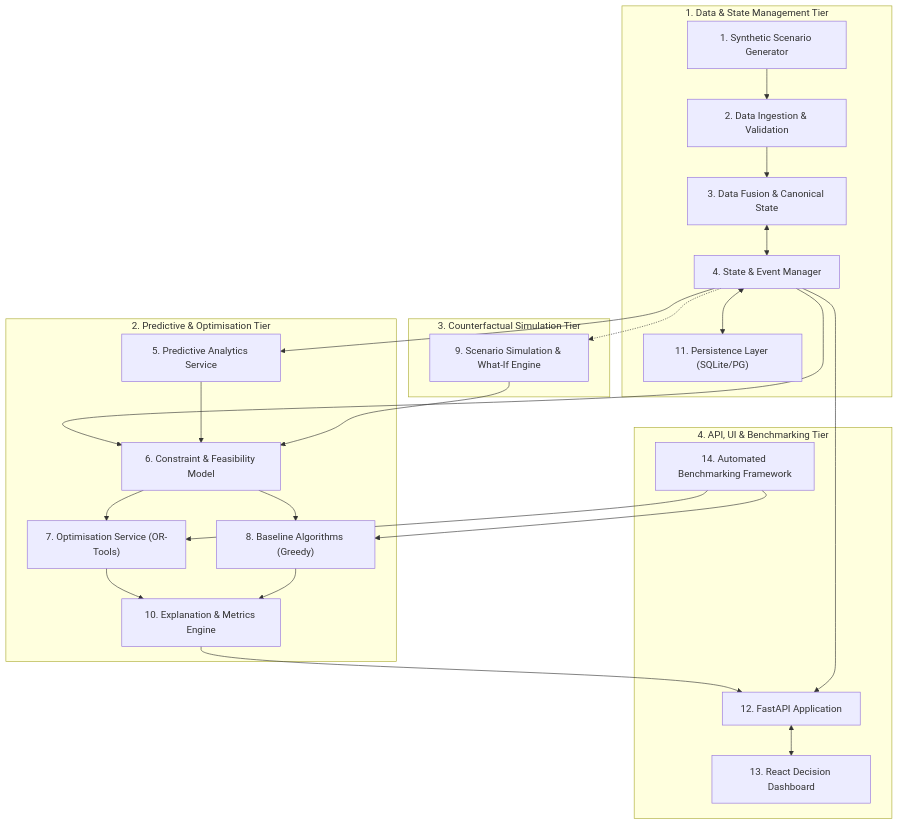
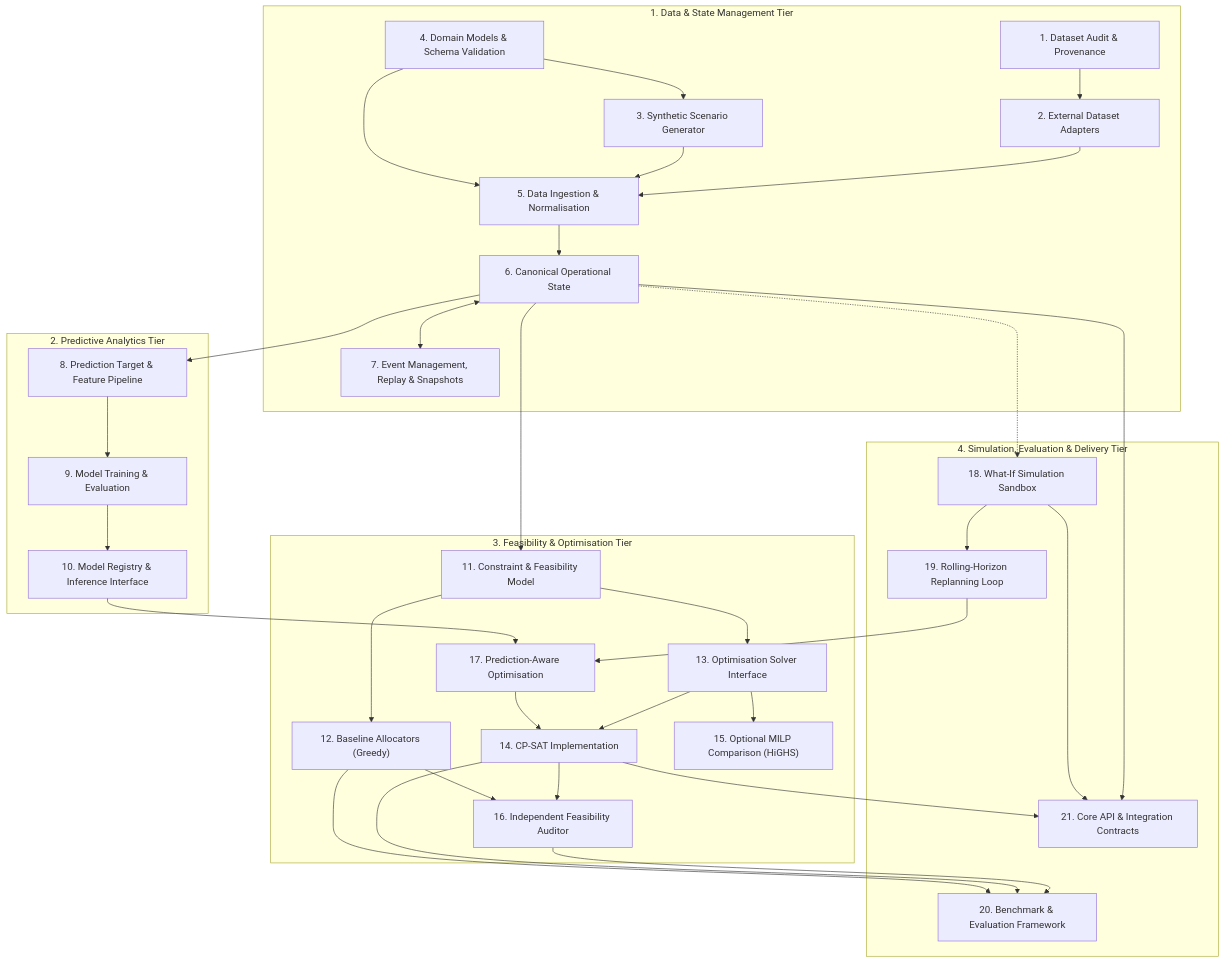
One commit to DAREDEVIL-OF-NEXUS/AirOps-Optimizer changed the first of 14 diagrams in ARCHITECTURE.md. Above: the diagram before and after it, drawn with Mermaid. The commit also changed other lines of this file and 16 other files, not shown here.

````diff
--- a/ARCHITECTURE.md
+++ b/ARCHITECTURE.md
@@ -22,47 +39,64 @@
 ```mermaid
 flowchart TD
-    subgraph DataTier ["1. Data & State Management Tier"]
-        SSG["1. Synthetic Scenario Generator"]
-        IDV["2. Data Ingestion & Validation"]
-        CFE["3. Data Fusion & Canonical State"]
-        SEM["4. State & Event Manager"]
-        PL["11. Persistence Layer (SQLite/PG)"]
+    subgraph Tier1 ["1. Data & State Management Tier"]
+        C01["1. Dataset Audit & Provenance"]
+        C02["2. External Dataset Adapters"]
+        C03["3. Synthetic Scenario Generator"]
+        C04["4. Domain Models & Schema Validation"]
+        C05["5. Data Ingestion & Normalisation"]
+        C06["6. Canonical Operational State"]
+        C07["7. Event Management, Replay & Snapshots"]
     end
 
-    subgraph IntelligenceTier ["2. Predictive & Optimisation Tier"]
-        PAS["5. Predictive Analytics Service"]
-        CFM["6. Constraint & Feasibility Model"]
-        OPT["7. Optimisation Service (OR-Tools)"]
-        BLA["8. Baseline Algorithms (Greedy)"]
-        EME["10. Explanation & Metrics Engine"]
+    subgraph Tier2 ["2. Predictive Analytics Tier"]
+        C08["8. Prediction Target & Feature Pipeline"]
+        C09["9. Model Training & Evaluation"]
+        C10["10. Model Registry & Inference Interface"]
     end
 
-    subgraph SimulationTier ["3. Counterfactual Simulation Tier"]
-        WIE["9. Scenario Simulation & What-If Engine"]
+    subgraph Tier3 ["3. Feasibility & Optimisation Tier"]
+        C11["11. Constraint & Feasibility Model"]
+        C12["12. Baseline Allocators (Greedy)"]
+        C13["13. Optimisation Solver Interface"]
+        C14["14. CP-SAT Implementation"]
+        C15["15. Optional MILP Comparison (HiGHS)"]
+        C16["16. Independent Feasibility Auditor"]
+        C17["17. Prediction-Aware Optimisation"]
     end
 
-    subgraph InterfaceTier ["4. API, UI & Benchmarking Tier"]
-        FAP["12. FastAPI Application"]
-        DSD["13. React Decision Dashboard"]
-        ATF["14. Automated Benchmarking Framework"]
+    subgraph Tier4 ["4. Simulation, Evaluation & Delivery Tier"]
+        C18["18. What-If Simulation Sandbox"]
+        C19["19. Rolling-Horizon Replanning Loop"]
+        C20["20. Benchmark & Evaluation Framework"]
+        C21["21. Core API & Integration Contracts"]
     end
 
-    SSG --> IDV
-    IDV --> CFE
-    CFE <--> SEM
-    SEM <--> PL
-    SEM --> PAS
-    SEM --> CFM
-    PAS --> CFM
-    CFM --> OPT
-    CFM --> BLA
-    OPT --> EME
-    BLA --> EME
-    SEM -.-> WIE
-    WIE --> CFM
-    EME --> FAP
-    SEM --> FAP
-    FAP <--> DSD
-    ATF --> OPT
-    ATF --> BLA
+    C01 --> C02
+    C02 --> C05
+    C03 --> C05
+    C04 --> C03
+    C04 --> C05
+    C05 --> C06
+    C06 <--> C07
+    C06 --> C08
+    C08 --> C09
+    C09 --> C10
+    C10 --> C17
+    C06 --> C11
+    C11 --> C13
+    C13 --> C14
+    C13 --> C15
+    C11 --> C12
+    C14 --> C16
+    C12 --> C16
+    C17 --> C14
+    C06 -.-> C18
+    C18 --> C19
+    C19 --> C17
+    C16 --> C20
+    C14 --> C20
+    C12 --> C20
+    C06 --> C21
+    C14 --> C21
+    C18 --> C21
 ```
````
